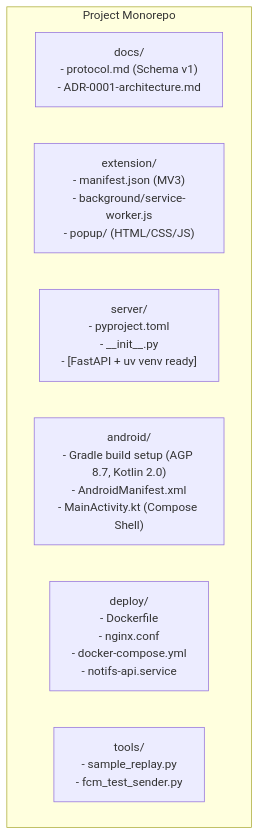
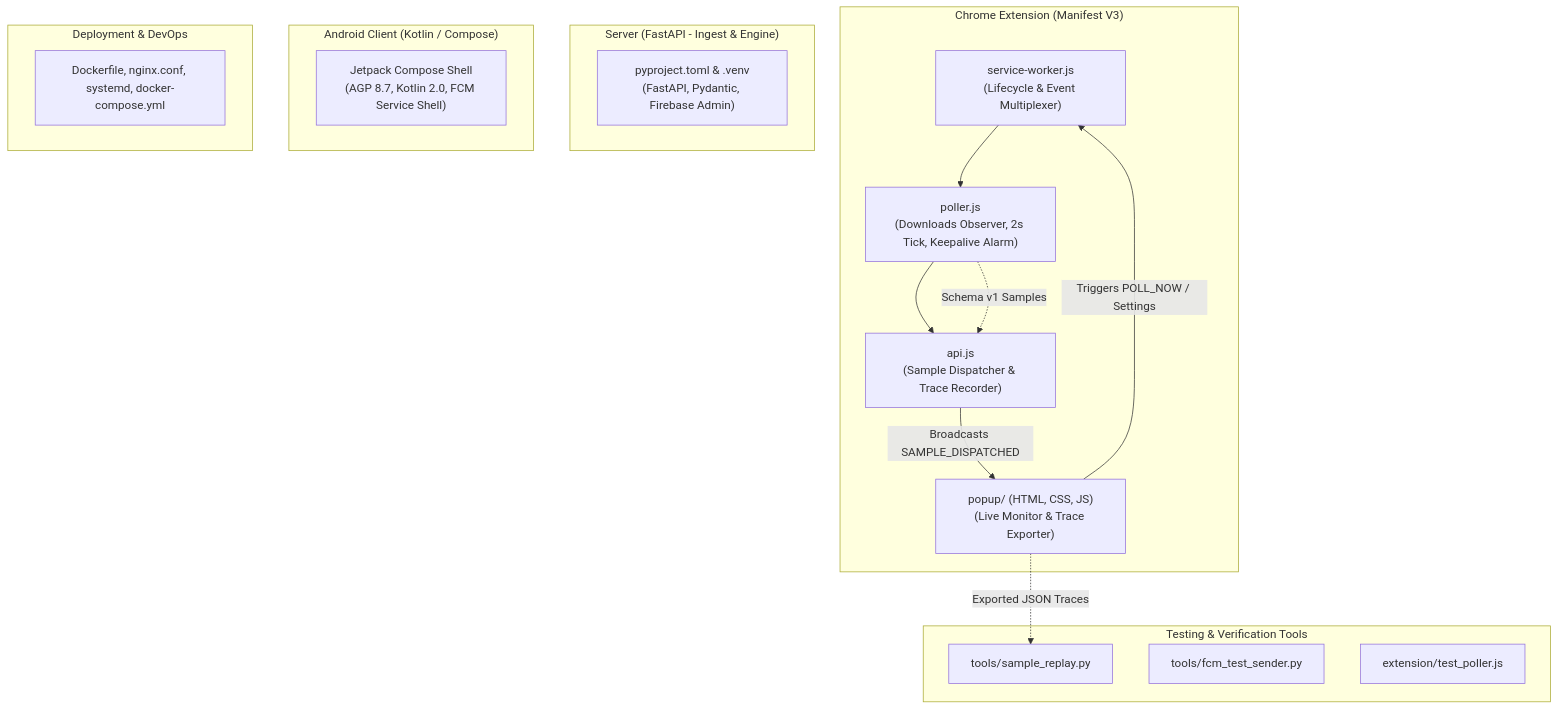
Before and after one commit to W0NB0N/HowsMyDownload: the diagram in current_build.md, drawn with Mermaid. The commit also changed other lines of this file and 8 other files, not shown here.

Commit message:
feat(phase-1): implement chrome extension poller, api client, popup ui, and tests

````diff
--- a/current_build.md
+++ b/current_build.md
@@ -9,11 +9,35 @@
 ```mermaid
 graph TD
-    subgraph RepoLayout["Project Monorepo"]
-        DOCS["docs/\n- protocol.md (Schema v1)\n- ADR-0001-architecture.md"]
-        EXT["extension/\n- manifest.json (MV3)\n- background/service-worker.js\n- popup/ (HTML/CSS/JS)"]
-        SRV["server/\n- pyproject.toml\n- __init__.py\n- [FastAPI + uv venv ready]"]
-        AND["android/\n- Gradle build setup (AGP 8.7, Kotlin 2.0)\n- AndroidManifest.xml\n- MainActivity.kt (Compose Shell)"]
-        DEP["deploy/\n- Dockerfile\n- nginx.conf\n- docker-compose.yml\n- notifs-api.service"]
-        TLS["tools/\n- sample_replay.py\n- fcm_test_sender.py"]
+    subgraph ChromeExtension["Chrome Extension (Manifest V3)"]
+        SW["service-worker.js\n(Lifecycle & Event Multiplexer)"]
+        POL["poller.js\n(Downloads Observer, 2s Tick, Keepalive Alarm)"]
+        API["api.js\n(Sample Dispatcher & Trace Recorder)"]
+        POP["popup/ (HTML, CSS, JS)\n(Live Monitor & Trace Exporter)"]
+        
+        SW --> POL
+        POL --> API
+        API -->|Broadcasts SAMPLE_DISPATCHED| POP
+        POP -->|Triggers POLL_NOW / Settings| SW
     end
+
+    subgraph BackendServer["Server (FastAPI - Ingest & Engine)"]
+        SRV_CONF["pyproject.toml & .venv\n(FastAPI, Pydantic, Firebase Admin)"]
+    end
+
+    subgraph AndroidClient["Android Client (Kotlin / Compose)"]
+        AND_SCAF["Jetpack Compose Shell\n(AGP 8.7, Kotlin 2.0, FCM Service Shell)"]
+    end
+
+    subgraph Deployment["Deployment & DevOps"]
+        DEP_CONF["Dockerfile, nginx.conf, systemd, docker-compose.yml"]
+    end
+
+    subgraph DevTools["Testing & Verification Tools"]
+        TLS_REPLAY["tools/sample_replay.py"]
+        TLS_FCM["tools/fcm_test_sender.py"]
+        TLS_EXT["extension/test_poller.js"]
+    end
+
+    POL -.->|Schema v1 Samples| API
+    POP -.->|Exported JSON Traces| TLS_REPLAY
 ```
````
